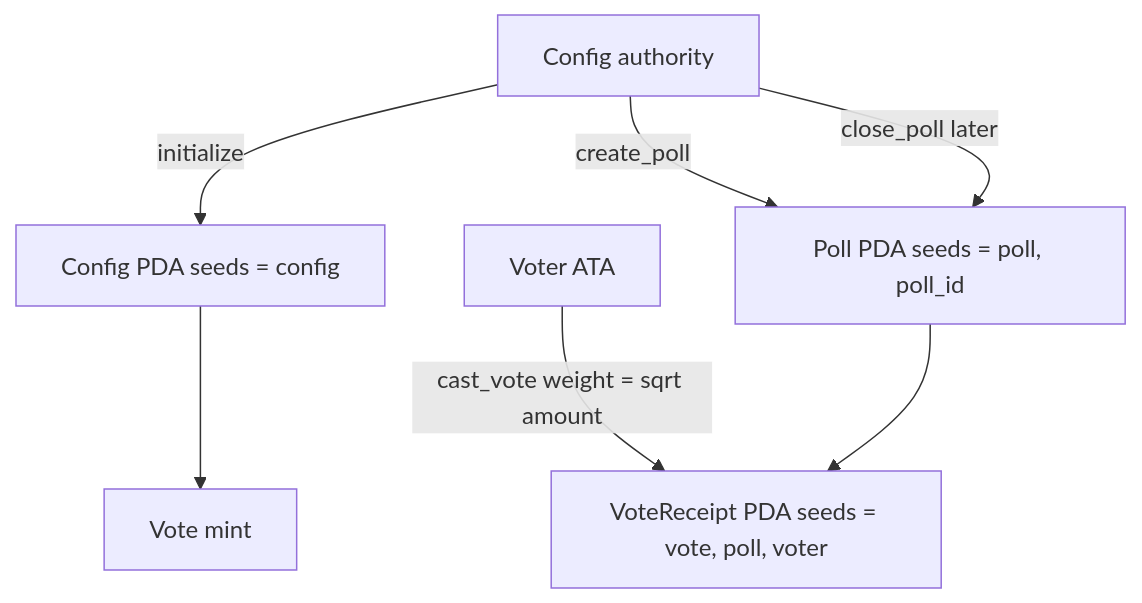
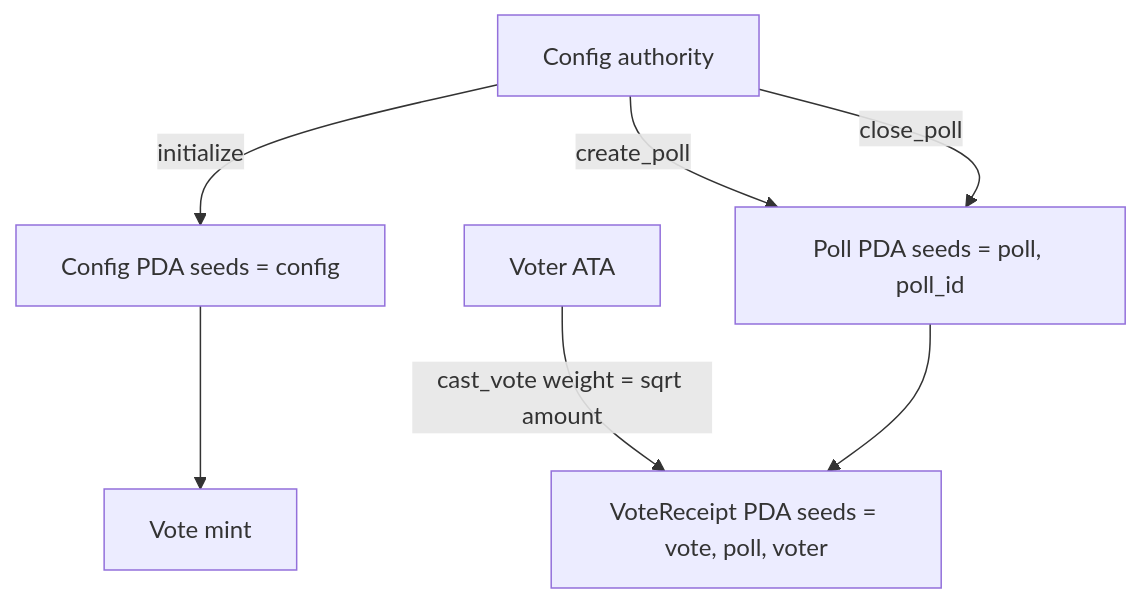
Before and after one commit to klisman/ledger-vote-solana: the diagram in README.md, drawn with Mermaid. The commit also changed other lines of this file and 5 other files, not shown here.

First line of the commit message:
Add close_poll so the authority can lock a poll at any time. (#6)

````diff
--- a/README.md
+++ b/README.md
@@ -36,16 +38,16 @@
 ```mermaid
 flowchart TD
   authority[Config authority]
   config["Config PDA seeds = config"]
   mint[Vote mint]
   poll["Poll PDA seeds = poll, poll_id"]
   ata[Voter ATA]
   receipt["VoteReceipt PDA seeds = vote, poll, voter"]
 
   authority -->|initialize| config
   config --> mint
   authority -->|create_poll| poll
   ata -->|cast_vote weight = sqrt amount| receipt
   poll --> receipt
-  authority -->|close_poll later| poll
+  authority -->|close_poll| poll
 ```
````
